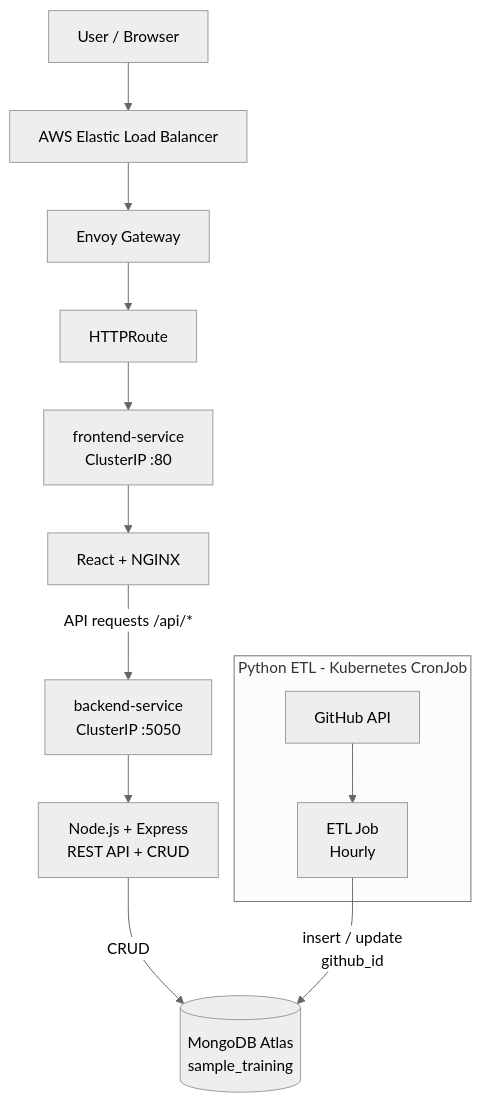
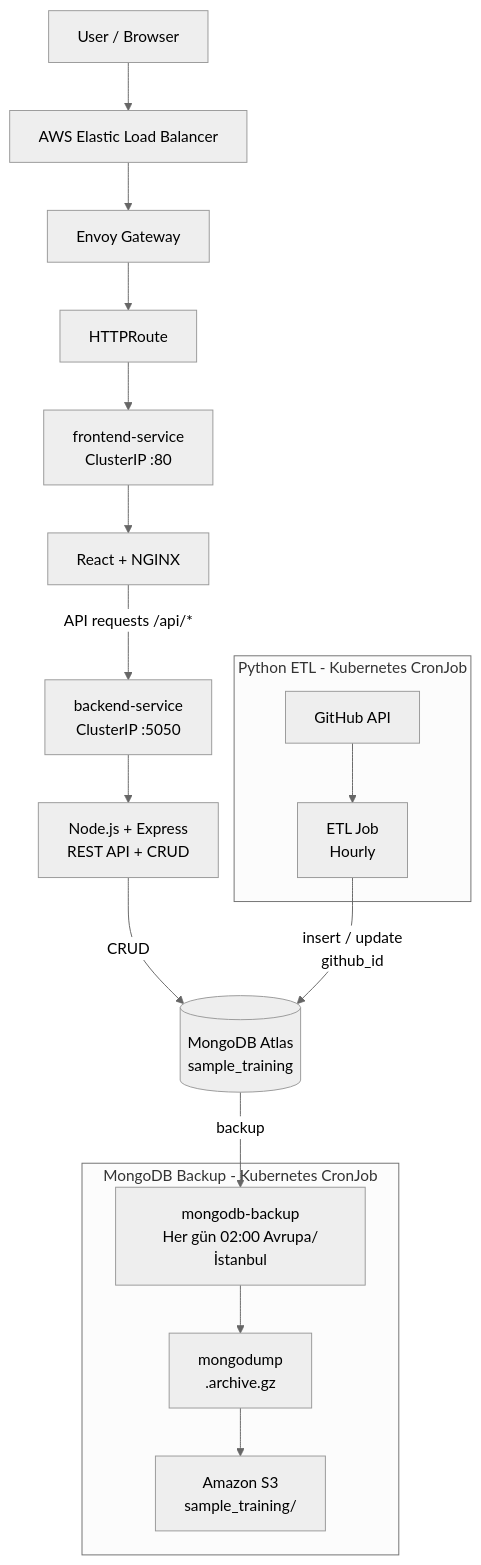
One commit to dabbitz/devops-case-baykar changed the diagram in docs/architecture.md. Above: the diagram before and after it, drawn with Mermaid (neutral theme). The commit also changed other lines of this file and 14 other files, not shown here.

````diff
--- a/docs/architecture.md
+++ b/docs/architecture.md
@@ -21,41 +23,56 @@
 ```mermaid
 flowchart TB
 
     User["User / Browser"]
 
     LB["AWS Elastic Load Balancer"]
 
     Gateway["Envoy Gateway"]
 
     Route["HTTPRoute"]
 
     FrontendSvc["frontend-service<br/>ClusterIP :80"]
 
     Frontend["React + NGINX"]
 
     BackendSvc["backend-service<br/>ClusterIP :5050"]
 
     Backend["Node.js + Express<br/>REST API + CRUD"]
 
     Mongo[("MongoDB Atlas<br/>sample_training")]
 
     User --> LB
+
     LB --> Gateway
+
     Gateway --> Route
 
     Route --> FrontendSvc
+
     FrontendSvc --> Frontend
 
     Frontend -->|"API requests /api/*"| BackendSvc
+
     BackendSvc --> Backend
 
     Backend -->|"CRUD"| Mongo
 
     subgraph ETL["Python ETL - Kubernetes CronJob"]
         GitHub["GitHub API"]
         ETLJob["ETL Job<br/>Hourly"]
         GitHub --> ETLJob
     end
 
     ETLJob -->|"insert / update<br/>github_id"| Mongo
+
+    subgraph Backup["MongoDB Backup - Kubernetes CronJob"]
+        BackupJob["mongodb-backup<br/>Her gün 02:00 Avrupa/İstanbul"]
+        Dump["mongodump<br/>.archive.gz"]
+        S3["Amazon S3<br/>sample_training/"]
+
+        BackupJob --> Dump
+        Dump --> S3
+    end
+
+    Mongo -->|"backup"| BackupJob
 ```
````
